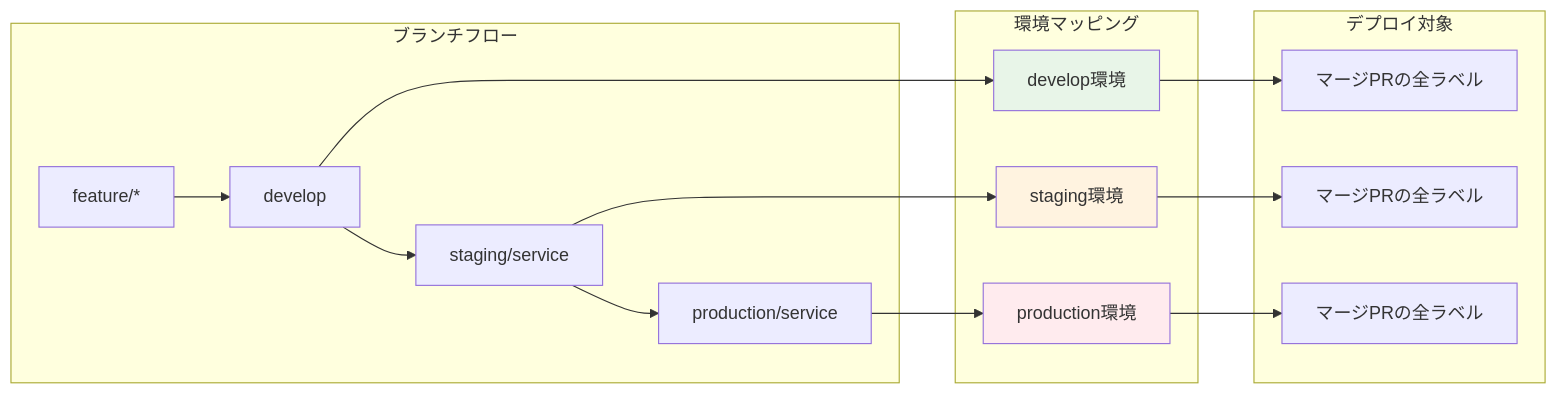
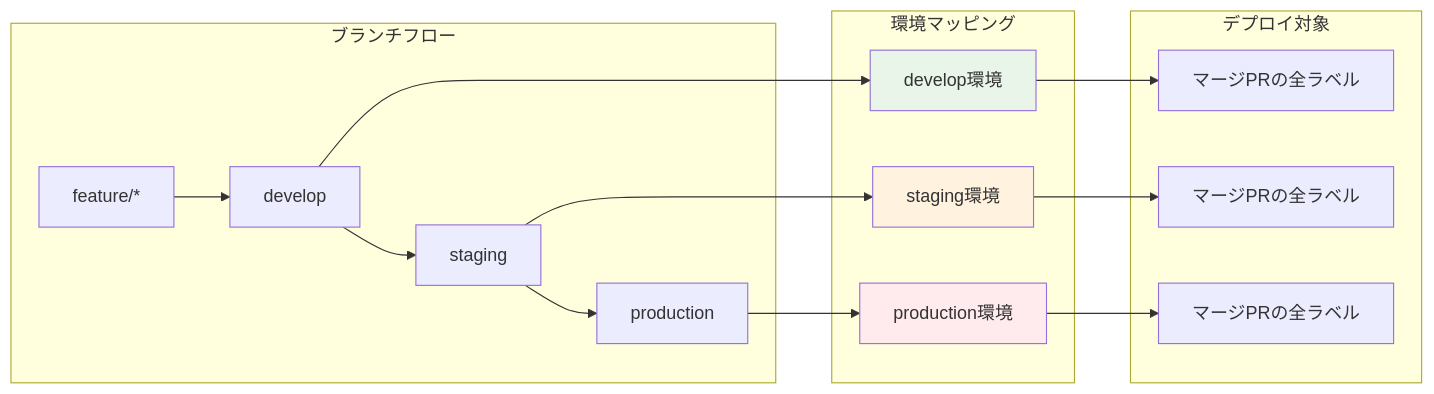
Before and after one commit to panicboat/monorepo: the first of 4 diagrams in .github/scripts/deploy-trigger/README.md, drawn with Mermaid. The commit also changed other lines of this file and 18 other files, not shown here.

````diff
--- a/.github/scripts/deploy-trigger/README.md
+++ b/.github/scripts/deploy-trigger/README.md
@@ -9,24 +9,24 @@
 ```mermaid
 graph LR
     subgraph "ブランチフロー"
         A[feature/*] --> B[develop]
-        B --> C[staging/service]
-        C --> D[production/service]
+        B --> C[staging]
+        C --> D[production]
     end
 
     subgraph "環境マッピング"
         B --> E[develop環境]
         C --> F[staging環境]
         D --> G[production環境]
     end
 
     subgraph "デプロイ対象"
         E --> H[マージPRの全ラベル]
         F --> I[マージPRの全ラベル]
         G --> J[マージPRの全ラベル]
     end
 
     style E fill:#e8f5e8
     style F fill:#fff3e0
     style G fill:#ffebee
 ```
````
